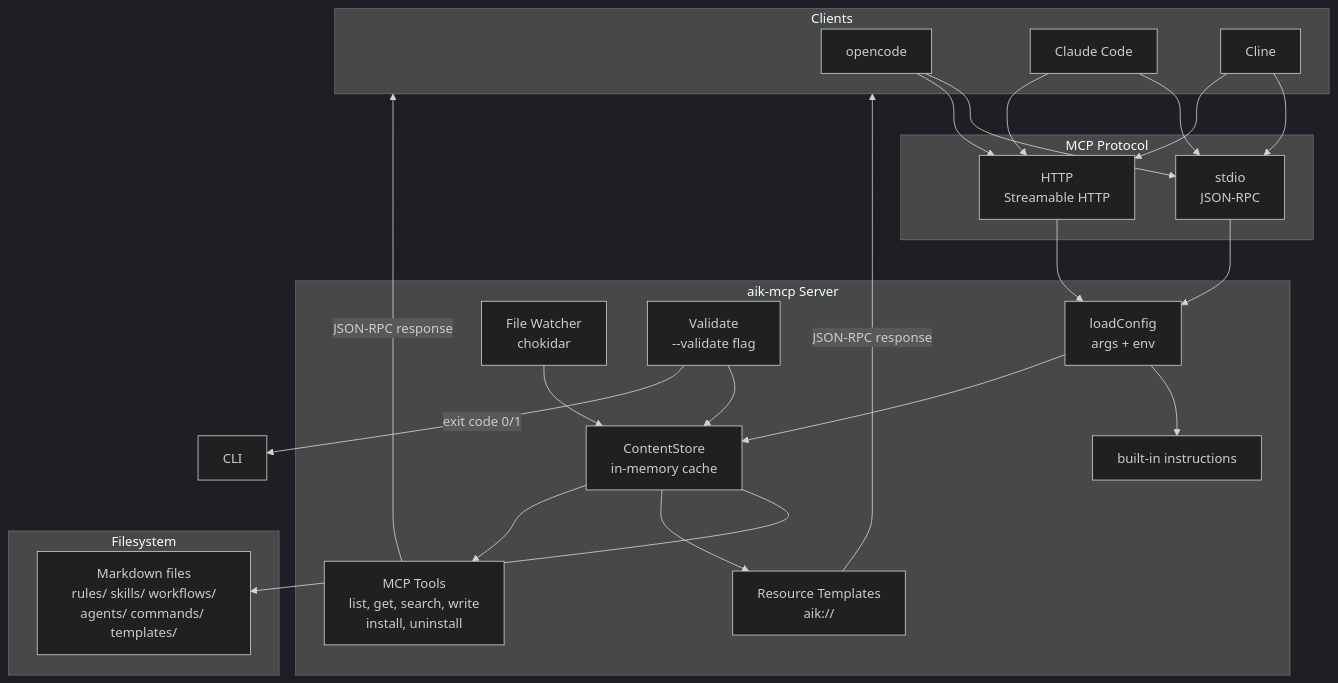
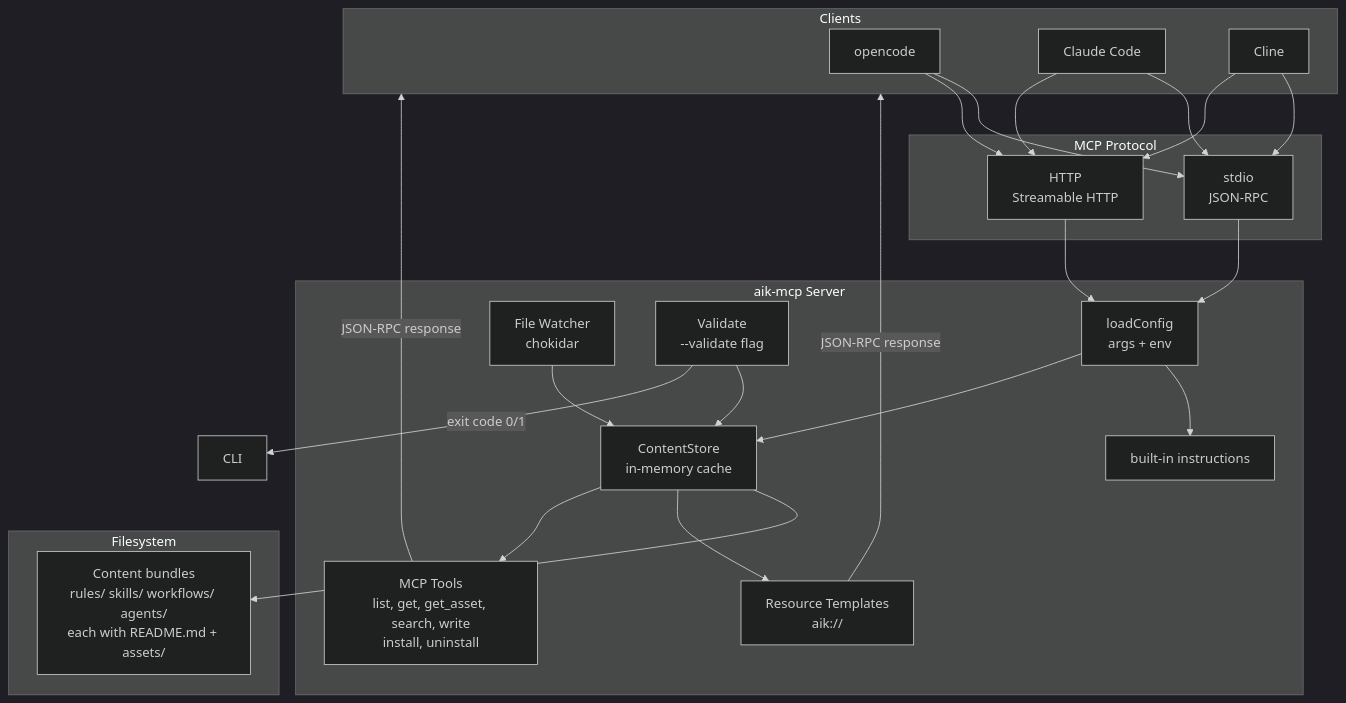
The first of 4 diagrams in docs/guide/architecture.md (openhoat/aik-mcp), drawn with Mermaid (dark theme) before and after one commit. The commit also changed 42 other files, not shown here.

First line of the commit message:
refactor: bundle content items and drop commands/templates categories

````diff
--- a/docs/guide/architecture.md
+++ b/docs/guide/architecture.md
@@ -5,50 +5,50 @@
 ```mermaid
 graph TB
     subgraph Clients
         OC[opencode]
         CC[Claude Code]
         C[Cline]
     end
 
     subgraph "MCP Protocol"
         ST[stdio<br>JSON-RPC]
         HTTP[HTTP<br>Streamable HTTP]
     end
 
     subgraph "aik-mcp Server"
         CI[loadConfig<br>args + env]
         IN[built-in instructions]
         CS[ContentStore<br>in-memory cache]
         FW[File Watcher<br>chokidar]
         RT[Resource Templates<br>aik:// ]
-        TL[MCP Tools<br>list, get, search, write<br>install, uninstall]
+        TL[MCP Tools<br>list, get, get_asset, search, write<br>install, uninstall]
         VA[Validate<br>--validate flag]
     end
 
     subgraph "Filesystem"
-        MD[Markdown files<br>rules/ skills/ workflows/<br>agents/ commands/ templates/]
+        MD[Content bundles<br>rules/ skills/ workflows/ agents/<br>each with README.md + assets/]
     end
 
     OC --> ST
     CC --> ST
     C --> ST
     OC --> HTTP
     CC --> HTTP
     C --> HTTP
 
     ST --> CI
     HTTP --> CI
 
     CI --> IN
     CI --> CS
     CS --> MD
     FW --> CS
     CS --> RT
     CS --> TL
 
     VA --> CS
     VA -->|exit code 0/1| CLI
 
     TL -->|JSON-RPC response| Clients
     RT -->|JSON-RPC response| Clients
 ```
````
